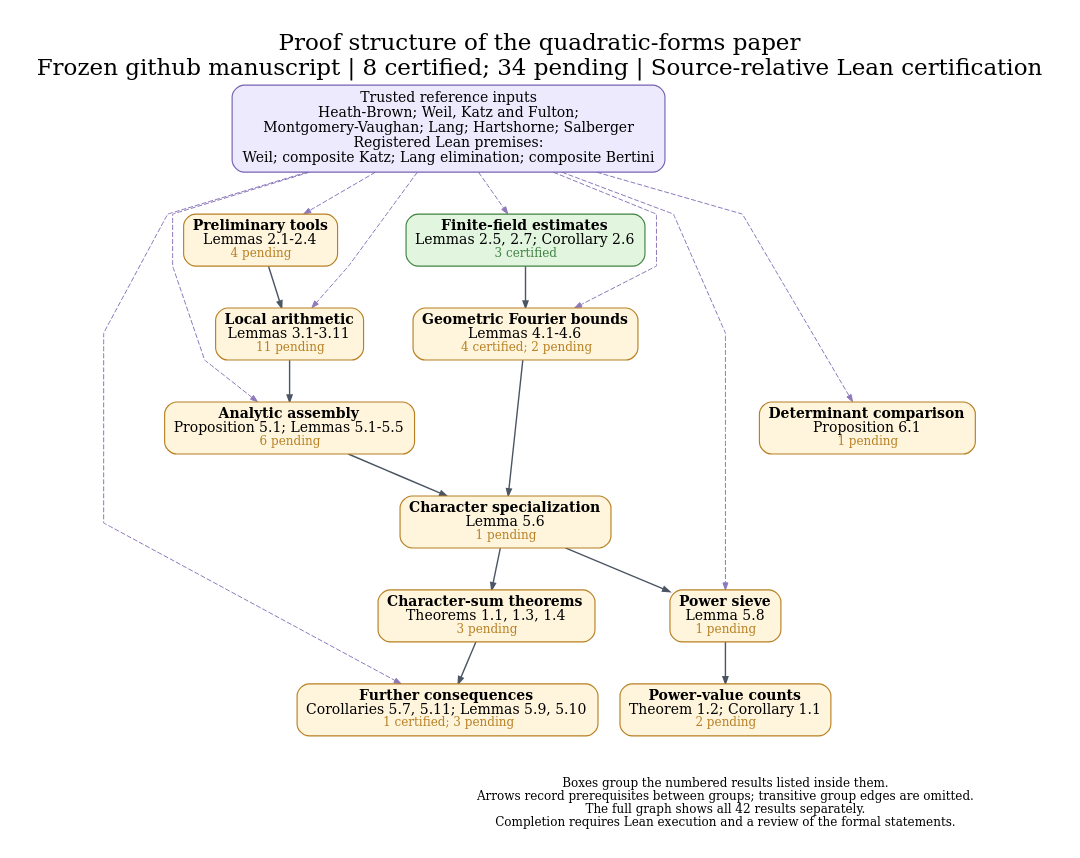
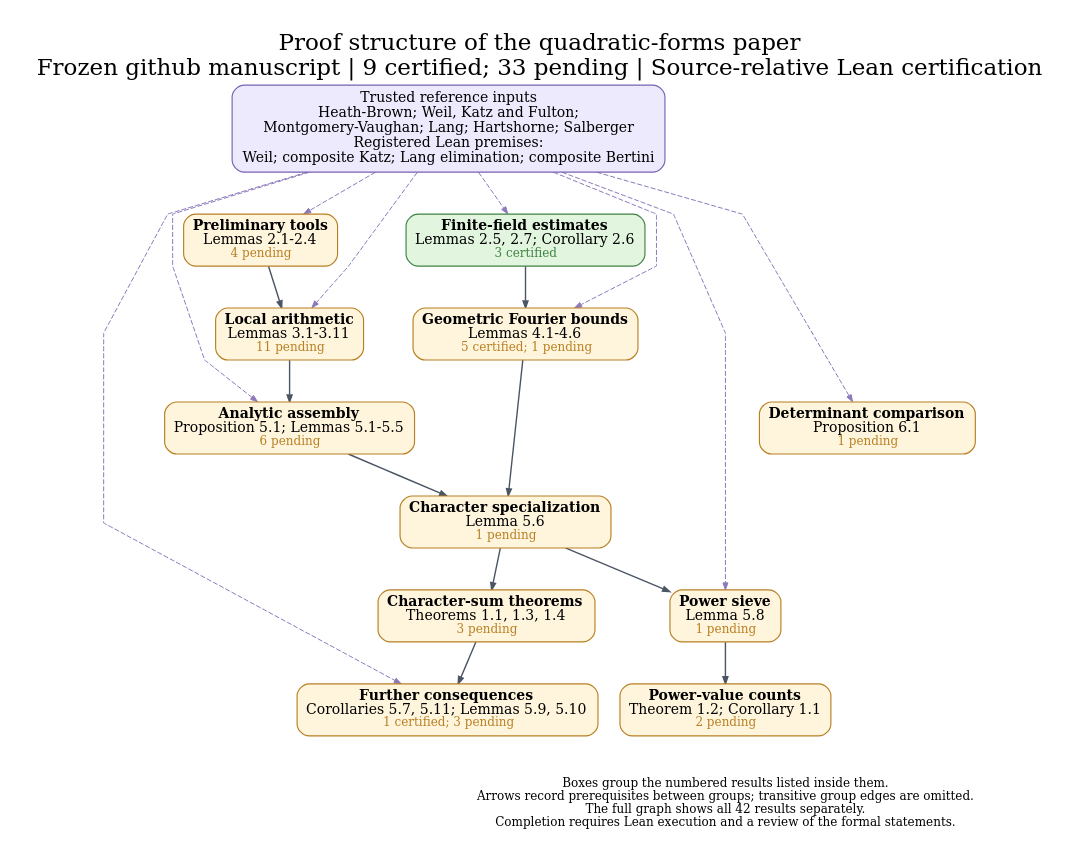
Before and after one commit to nicolasrobles/quaternary-quadratic-forms: the diagram in docs/dependency_overview.dot, drawn with Graphviz. The commit also changed 26 other files, not shown here.

```diff
--- a/docs/dependency_overview.dot
+++ b/docs/dependency_overview.dot
@@ -1,43 +1,43 @@
 digraph Overview {
 graph [rankdir=TB, newrank=true, compound=true, outputorder=edgesfirst,
   bgcolor="white", fontname="DejaVu Serif", fontsize=23, labelloc=t,
-  label="Proof structure of the quadratic-forms paper\nFrozen github manuscript | 8 certified; 34 pending | Source-relative Lean certification",
+  label="Proof structure of the quadratic-forms paper\nFrozen github manuscript | 9 certified; 33 pending | Source-relative Lean certification",
   nodesep=0.30, ranksep=0.58, pad=0.28, splines=polyline];
 node [shape=box, style="rounded,filled", fillcolor="#fff4dc", color="#b88023",
   fontname="DejaVu Serif", fontsize=14, penwidth=1.15, margin="0.12,0.09"];
 edge [color="#4b5563", arrowsize=0.70, penwidth=1.05];
 sources [label="Trusted reference inputs\nHeath-Brown; Weil, Katz and Fulton;\nMontgomery-Vaughan; Lang; Hartshorne; Salberger\nRegistered Lean premises:\nWeil; composite Katz; Lang elimination; composite Bertini", fillcolor="#eeeafd", color="#7762b4", fontsize=14];
 "prelim" [label=<<B>Preliminary tools</B><BR/>Lemmas 2.1-2.4<BR/><FONT POINT-SIZE="12" COLOR="#b88023">4 pending</FONT>>, fillcolor="#fff4dc", color="#b88023", URL="https://github.com/nicolasrobles/quaternary-quadratic-forms/blob/main/INVENTORY.md", target="_blank"];
 "finite" [label=<<B>Finite-field estimates</B><BR/>Lemmas 2.5, 2.7; Corollary 2.6<BR/><FONT POINT-SIZE="12" COLOR="#408342">3 certified</FONT>>, fillcolor="#e1f5df", color="#408342", URL="https://github.com/nicolasrobles/quaternary-quadratic-forms/blob/main/INVENTORY.md", target="_blank"];
 "local" [label=<<B>Local arithmetic</B><BR/>Lemmas 3.1-3.11<BR/><FONT POINT-SIZE="12" COLOR="#b88023">11 pending</FONT>>, fillcolor="#fff4dc", color="#b88023", URL="https://github.com/nicolasrobles/quaternary-quadratic-forms/blob/main/INVENTORY.md", target="_blank"];
-"fourier" [label=<<B>Geometric Fourier bounds</B><BR/>Lemmas 4.1-4.6<BR/><FONT POINT-SIZE="12" COLOR="#b88023">4 certified; 2 pending</FONT>>, fillcolor="#fff4dc", color="#b88023", URL="https://github.com/nicolasrobles/quaternary-quadratic-forms/blob/main/INVENTORY.md", target="_blank"];
+"fourier" [label=<<B>Geometric Fourier bounds</B><BR/>Lemmas 4.1-4.6<BR/><FONT POINT-SIZE="12" COLOR="#b88023">5 certified; 1 pending</FONT>>, fillcolor="#fff4dc", color="#b88023", URL="https://github.com/nicolasrobles/quaternary-quadratic-forms/blob/main/INVENTORY.md", target="_blank"];
 "analytic" [label=<<B>Analytic assembly</B><BR/>Proposition 5.1; Lemmas 5.1-5.5<BR/><FONT POINT-SIZE="12" COLOR="#b88023">6 pending</FONT>>, fillcolor="#fff4dc", color="#b88023", URL="https://github.com/nicolasrobles/quaternary-quadratic-forms/blob/main/INVENTORY.md", target="_blank"];
 "characters" [label=<<B>Character specialization</B><BR/>Lemma 5.6<BR/><FONT POINT-SIZE="12" COLOR="#b88023">1 pending</FONT>>, fillcolor="#fff4dc", color="#b88023", URL="https://github.com/nicolasrobles/quaternary-quadratic-forms/blob/main/INVENTORY.md", target="_blank"];
 "sieve" [label=<<B>Power sieve</B><BR/>Lemma 5.8<BR/><FONT POINT-SIZE="12" COLOR="#b88023">1 pending</FONT>>, fillcolor="#fff4dc", color="#b88023", URL="https://github.com/nicolasrobles/quaternary-quadratic-forms/blob/main/INVENTORY.md", target="_blank"];
 "consequences" [label=<<B>Further consequences</B><BR/>Corollaries 5.7, 5.11; Lemmas 5.9, 5.10<BR/><FONT POINT-SIZE="12" COLOR="#b88023">1 certified; 3 pending</FONT>>, fillcolor="#fff4dc", color="#b88023", URL="https://github.com/nicolasrobles/quaternary-quadratic-forms/blob/main/INVENTORY.md", target="_blank"];
 "maincharacters" [label=<<B>Character-sum theorems</B><BR/>Theorems 1.1, 1.3, 1.4<BR/><FONT POINT-SIZE="12" COLOR="#b88023">3 pending</FONT>>, fillcolor="#fff4dc", color="#b88023", URL="https://github.com/nicolasrobles/quaternary-quadratic-forms/blob/main/INVENTORY.md", target="_blank"];
 "mainpowers" [label=<<B>Power-value counts</B><BR/>Theorem 1.2; Corollary 1.1<BR/><FONT POINT-SIZE="12" COLOR="#b88023">2 pending</FONT>>, fillcolor="#fff4dc", color="#b88023", URL="https://github.com/nicolasrobles/quaternary-quadratic-forms/blob/main/INVENTORY.md", target="_blank"];
 "fixed" [label=<<B>Determinant comparison</B><BR/>Proposition 6.1<BR/><FONT POINT-SIZE="12" COLOR="#b88023">1 pending</FONT>>, fillcolor="#fff4dc", color="#b88023", URL="https://github.com/nicolasrobles/quaternary-quadratic-forms/blob/main/INVENTORY.md", target="_blank"];
 "analytic" -> "characters" [penwidth=1.4];
 "characters" -> "maincharacters" [penwidth=1.4];
 "characters" -> "sieve" [penwidth=1.4];
 "finite" -> "fourier" [penwidth=1.4];
 "fourier" -> "characters" [penwidth=1.4];
 "local" -> "analytic" [penwidth=1.4];
 "maincharacters" -> "consequences" [penwidth=1.4];
 "prelim" -> "local" [penwidth=1.4];
 "sieve" -> "mainpowers" [penwidth=1.4];
 sources -> "analytic" [style=dashed, color="#8d79bc", penwidth=1.0];
 sources -> "consequences" [style=dashed, color="#8d79bc", penwidth=1.0];
 sources -> "finite" [style=dashed, color="#8d79bc", penwidth=1.0];
 sources -> "fixed" [style=dashed, color="#8d79bc", penwidth=1.0];
 sources -> "fourier" [style=dashed, color="#8d79bc", penwidth=1.0];
 sources -> "local" [style=dashed, color="#8d79bc", penwidth=1.0];
 sources -> "prelim" [style=dashed, color="#8d79bc", penwidth=1.0];
 sources -> "sieve" [style=dashed, color="#8d79bc", penwidth=1.0];
 legend [shape=plain, style="", label="Boxes group the numbered results listed inside them.\nArrows record prerequisites between groups; transitive group edges are omitted.\nThe full graph shows all 42 results separately.\nCompletion requires Lean execution and a review of the formal statements.", fontsize=12];
 {rank=sink; legend;}
 "consequences" -> legend [style=invis];
 "fixed" -> legend [style=invis];
 "mainpowers" -> legend [style=invis];
 }
```
